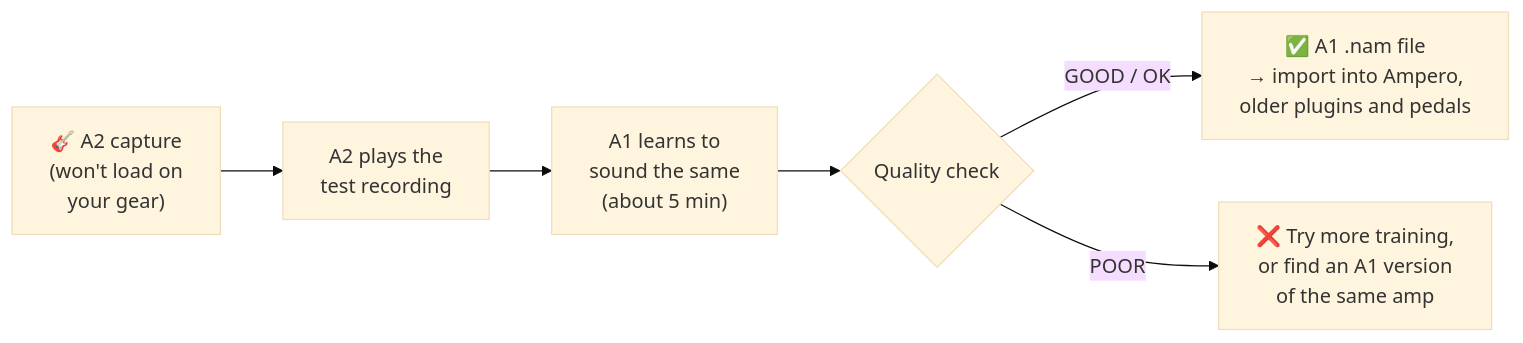
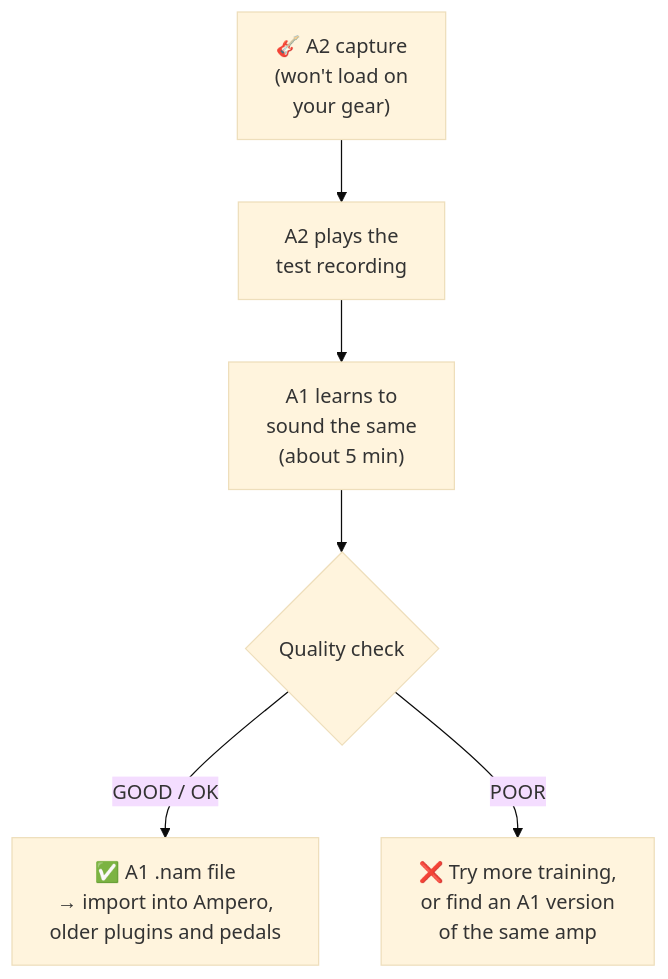
One commit to jiivari/nam-a2-to-a1 changed the diagram in README.md. Above: the diagram before and after it, drawn with Mermaid (base theme).

Commit message:
README: vertical diagram for readability

````diff
--- a/README.md
+++ b/README.md
@@ -16,8 +16,8 @@
 ```mermaid
-flowchart LR
+flowchart TD
     A["🎸 A2 capture<br/>(won't load on<br/>your gear)"] --> B["A2 plays the<br/>test recording"]
     B --> C["A1 learns to<br/>sound the same<br/>(about 5 min)"]
     C --> D{"Quality check"}
     D -->|"GOOD / OK"| E["✅ A1 .nam file<br/>→ import into Ampero,<br/>older plugins and pedals"]
     D -->|"POOR"| F["❌ Try more training,<br/>or find an A1 version<br/>of the same amp"]
 ```
````
